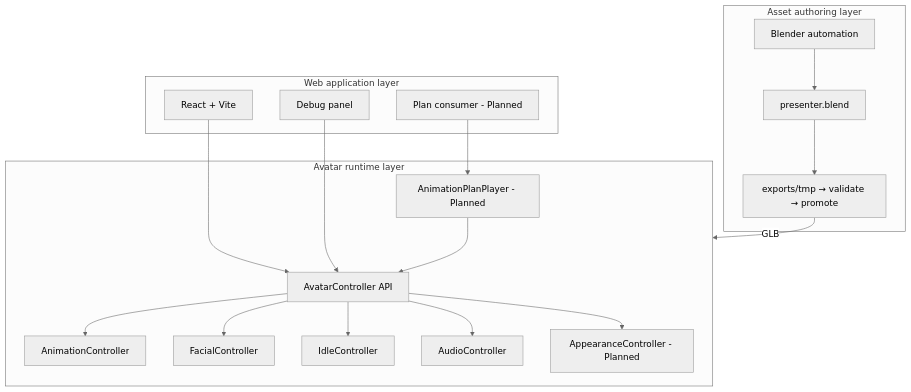
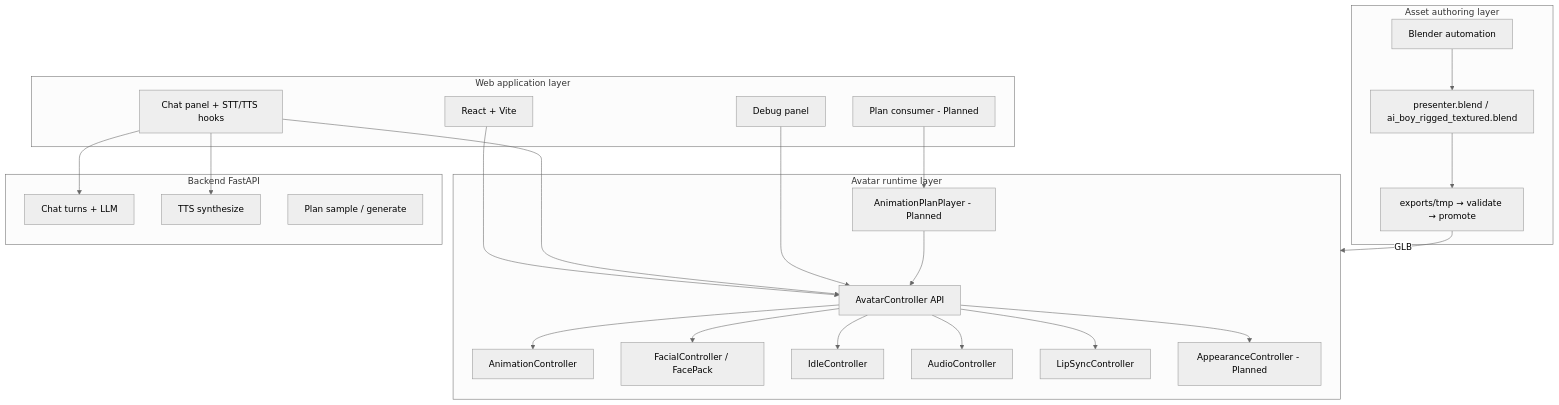
One commit to HowardHarrison/3D_AI_Avatar changed the second of 7 diagrams in docs/Overall_Architecture.md. Above: the diagram before and after it, drawn with Mermaid (neutral theme). The commit also changed other lines of this file and 7 other files, not shown here.

Commit message:
[Edit & Add] architecture file in the project

````diff
--- a/docs/Overall_Architecture.md
+++ b/docs/Overall_Architecture.md
@@ -102,37 +106,49 @@
 ```mermaid
 flowchart TB
   subgraph Web["Web application layer"]
     REACT[React + Vite]
+    CHAT[Chat panel + STT/TTS hooks]
     DEBUG[Debug panel]
     PLAN_UI[Plan consumer - Planned]
   end
 
   subgraph RuntimeLayer["Avatar runtime layer"]
     CTRL[AvatarController API]
     ANIM[AnimationController]
-    FACE[FacialController]
+    FACE[FacialController / FacePack]
     IDLE[IdleController]
     AUD[AudioController]
+    LIP[LipSyncController]
     PLAYER[AnimationPlanPlayer - Planned]
     OUTFIT[AppearanceController - Planned]
   end
 
   subgraph AssetLayer["Asset authoring layer"]
     BPY[Blender automation]
-    SRC["presenter.blend"]
+    SRC["presenter.blend / ai_boy_rigged_textured.blend"]
     EXP["exports/tmp → validate → promote"]
   end
 
+  subgraph ApiLayer["Backend FastAPI"]
+    CHAT_API[Chat turns + LLM]
+    TTS_API[TTS synthesize]
+    PLAN_API[Plan sample / generate]
+  end
+
   REACT --> CTRL
+  CHAT --> CTRL
+  CHAT --> CHAT_API
+  CHAT --> TTS_API
   DEBUG --> CTRL
   PLAN_UI --> PLAYER
   PLAYER --> CTRL
   CTRL --> ANIM
   CTRL --> FACE
   CTRL --> IDLE
   CTRL --> AUD
+  CTRL --> LIP
   CTRL --> OUTFIT
   BPY --> SRC
   SRC --> EXP
   EXP -->|GLB| RuntimeLayer
 ```
````
